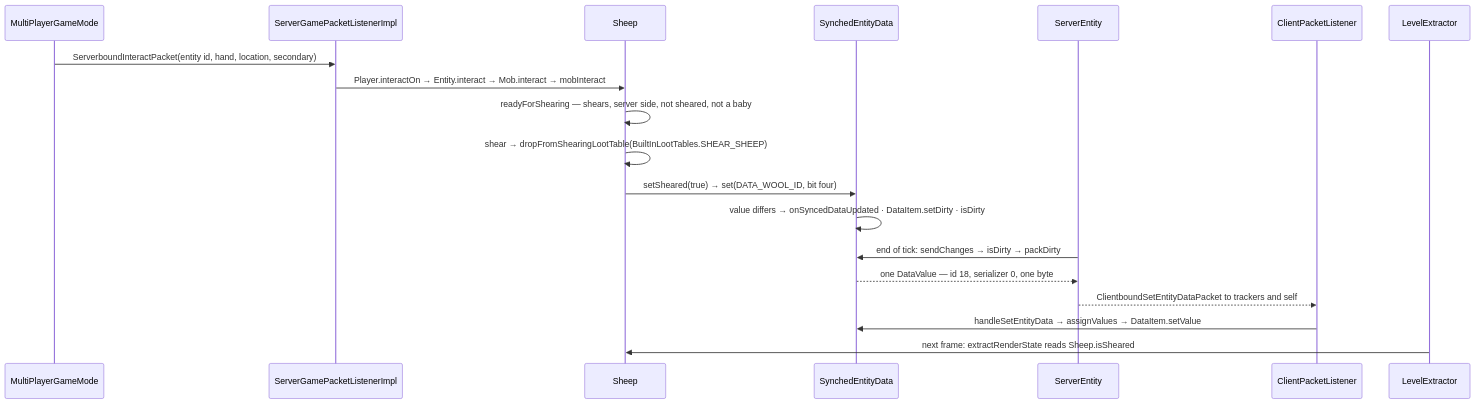
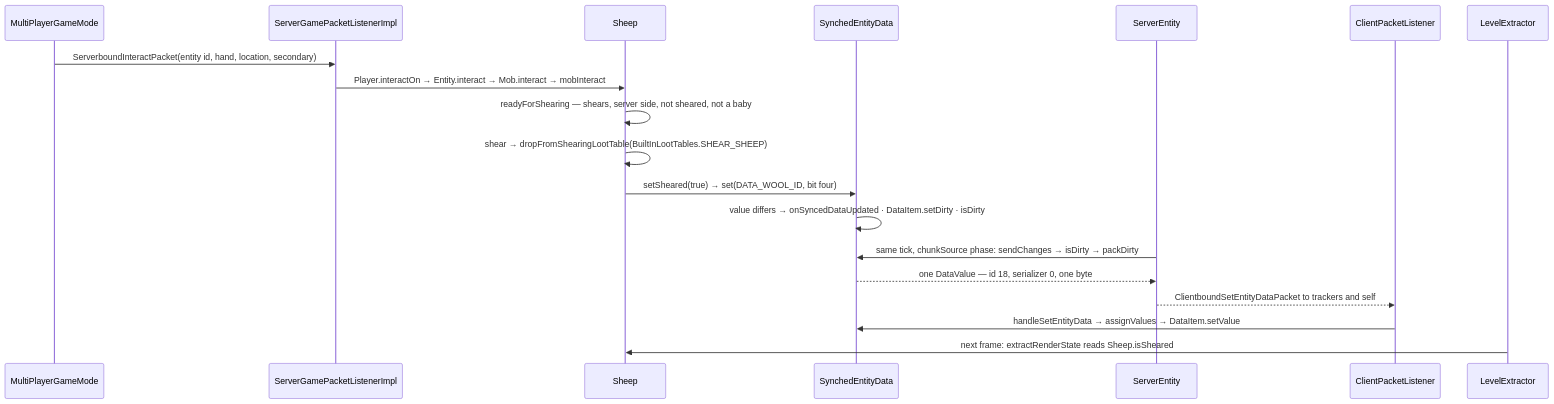
Before and after one commit to AlexanderjFraser/MinecraftDocs: the diagram in src/systems/entities/synched-entity-data.md, drawn with Mermaid. The commit also changed other lines of this file and 11 other files, not shown here.

````diff
--- a/src/systems/entities/synched-entity-data.md
+++ b/src/systems/entities/synched-entity-data.md
@@ -159,22 +181,22 @@
 ```mermaid
 sequenceDiagram
     participant GM as MultiPlayerGameMode
     participant SG as ServerGamePacketListenerImpl
     participant SH as Sheep
     participant SD as SynchedEntityData
     participant SE as ServerEntity
     participant CP as ClientPacketListener
     participant EX as LevelExtractor
 
     GM->>SG: ServerboundInteractPacket(entity id, hand, location, secondary)
     SG->>SH: Player.interactOn → Entity.interact → Mob.interact → mobInteract
     SH->>SH: readyForShearing — shears, server side, not sheared, not a baby
     SH->>SH: shear → dropFromShearingLootTable(BuiltInLootTables.SHEAR_SHEEP)
     SH->>SD: setSheared(true) → set(DATA_WOOL_ID, bit four)
     SD->>SD: value differs → onSyncedDataUpdated · DataItem.setDirty · isDirty
-    SE->>SD: end of tick: sendChanges → isDirty → packDirty
+    SE->>SD: same tick, chunkSource phase: sendChanges → isDirty → packDirty
     SD-->>SE: one DataValue — id 18, serializer 0, one byte
     SE-->>CP: ClientboundSetEntityDataPacket to trackers and self
     CP->>SD: handleSetEntityData → assignValues → DataItem.setValue
     EX->>SH: next frame: extractRenderState reads Sheep.isSheared
 ```
````
